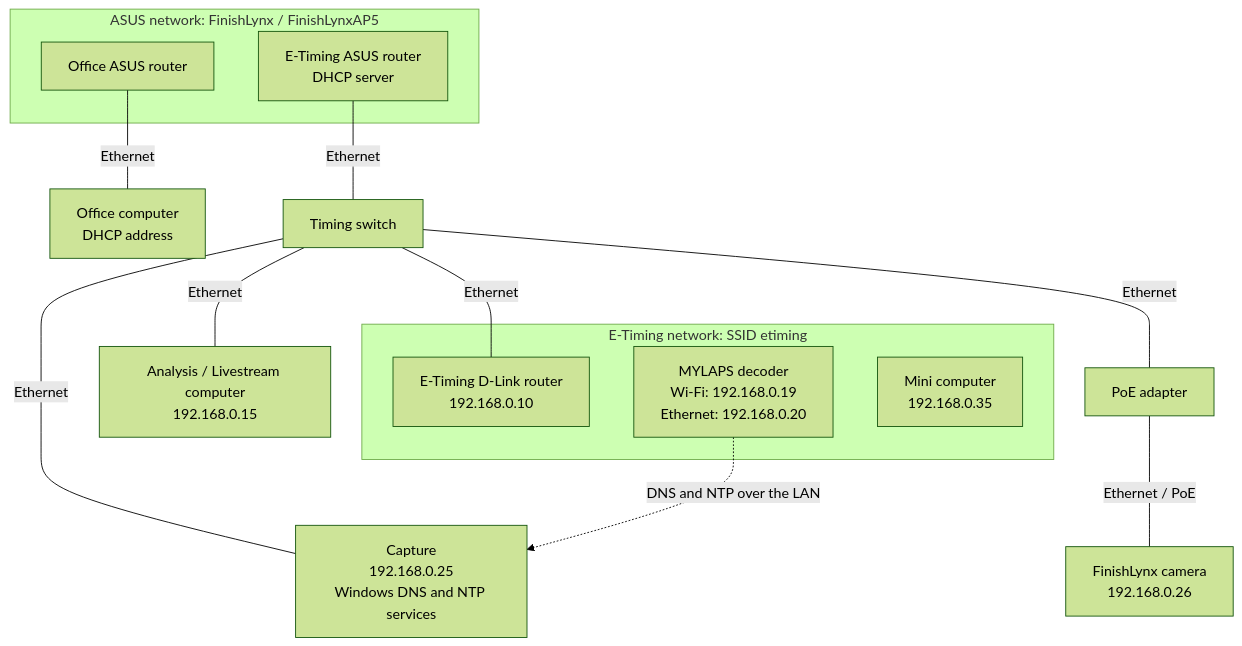
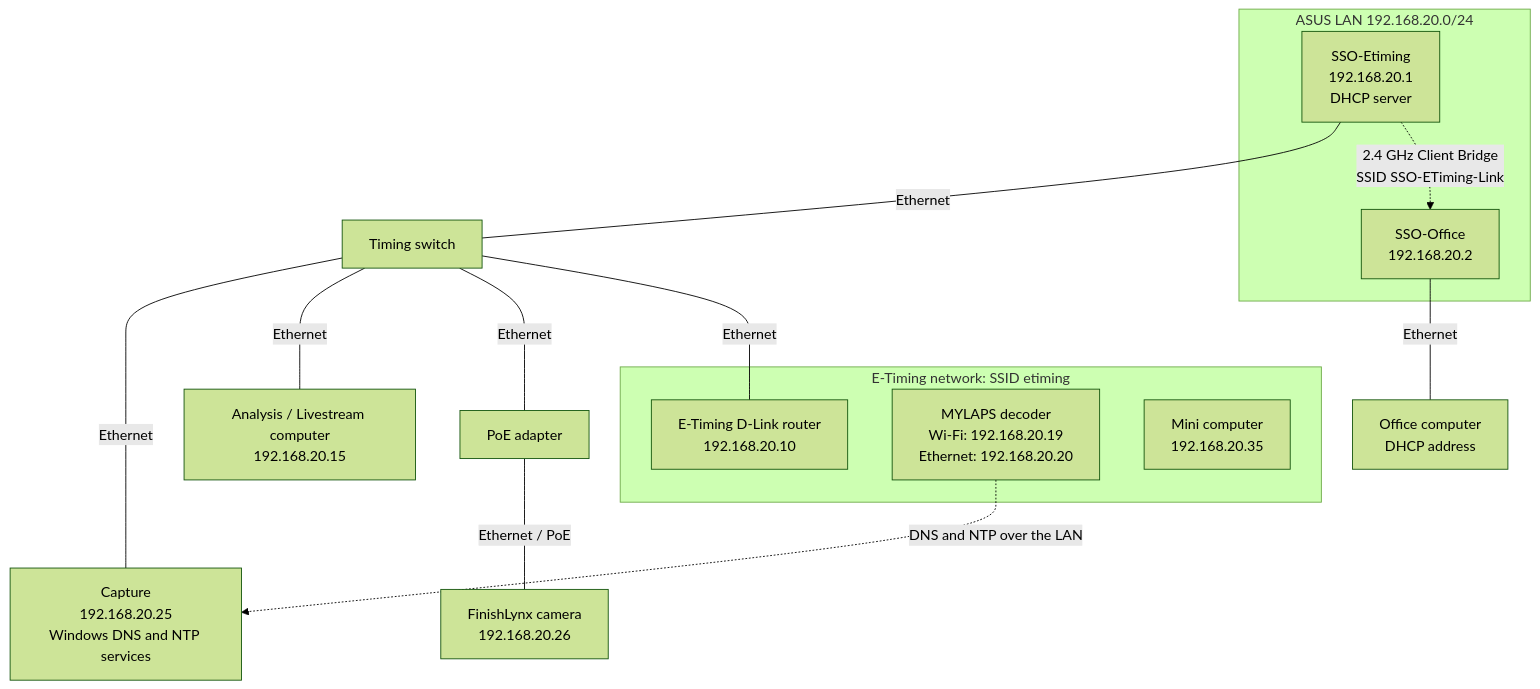
One commit to djmorton42/sso-etiming-docs changed the first of 3 diagrams in etiming-setup-diagram.md. Above: the diagram before and after it, drawn with Mermaid (forest theme). The commit also changed other lines of this file and 2 other files, not shown here.

First line of the commit message:
Update equipment addresses for the 192.168.20.0/24 timing LAN.

````diff
--- a/etiming-setup-diagram.md
+++ b/etiming-setup-diagram.md
@@ -15,29 +15,30 @@
 ```mermaid
 flowchart TD
-  subgraph asus_network["ASUS network: FinishLynx / FinishLynxAP5"]
-    office_router["Office ASUS router"]
-    timing_router["E-Timing ASUS router\nDHCP server"]
+  subgraph asus_network["ASUS LAN 192.168.20.0/24"]
+    office_router["SSO-Office\n192.168.20.2"]
+    timing_router["SSO-Etiming\n192.168.20.1\nDHCP server"]
   end
 
   office_pc["Office computer\nDHCP address"]
   switch["Timing switch"]
-  capture["Capture\n192.168.0.25\nWindows DNS and NTP services"]
-  analysis["Analysis / Livestream computer\n192.168.0.15"]
+  capture["Capture\n192.168.20.25\nWindows DNS and NTP services"]
+  analysis["Analysis / Livestream computer\n192.168.20.15"]
   poe["PoE adapter"]
-  camera["FinishLynx camera\n192.168.0.26"]
+  camera["FinishLynx camera\n192.168.20.26"]
 
   subgraph etiming_network["E-Timing network: SSID etiming"]
-    dlink["E-Timing D-Link router\n192.168.0.10"]
-    decoder["MYLAPS decoder\nWi-Fi: 192.168.0.19\nEthernet: 192.168.0.20"]
-    mini["Mini computer\n192.168.0.35"]
+    dlink["E-Timing D-Link router\n192.168.20.10"]
+    decoder["MYLAPS decoder\nWi-Fi: 192.168.20.19\nEthernet: 192.168.20.20"]
+    mini["Mini computer\n192.168.20.35"]
   end
 
   office_router ---|Ethernet| office_pc
   timing_router ---|Ethernet| switch
   switch ---|Ethernet| capture
   switch ---|Ethernet| analysis
   switch ---|Ethernet| poe
   poe ---|Ethernet / PoE| camera
   switch ---|Ethernet| dlink
+  timing_router -.->|"2.4 GHz Client Bridge\nSSID SSO-ETiming-Link"| office_router
   decoder -.->|"DNS and NTP over the LAN"| capture
 ```
````
